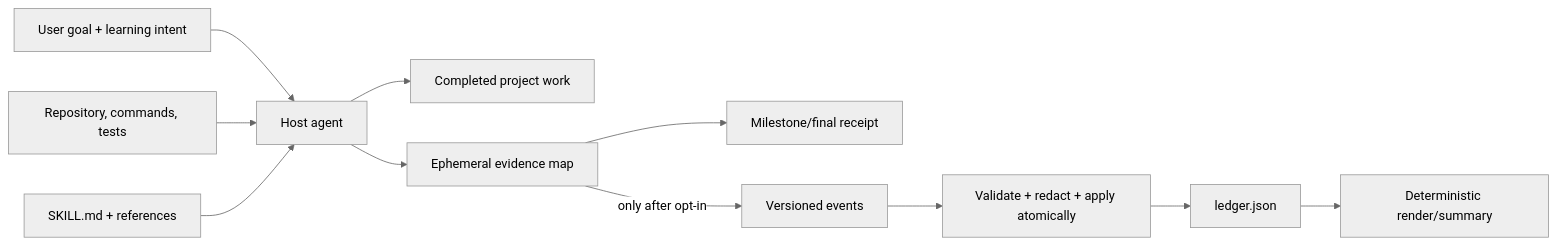
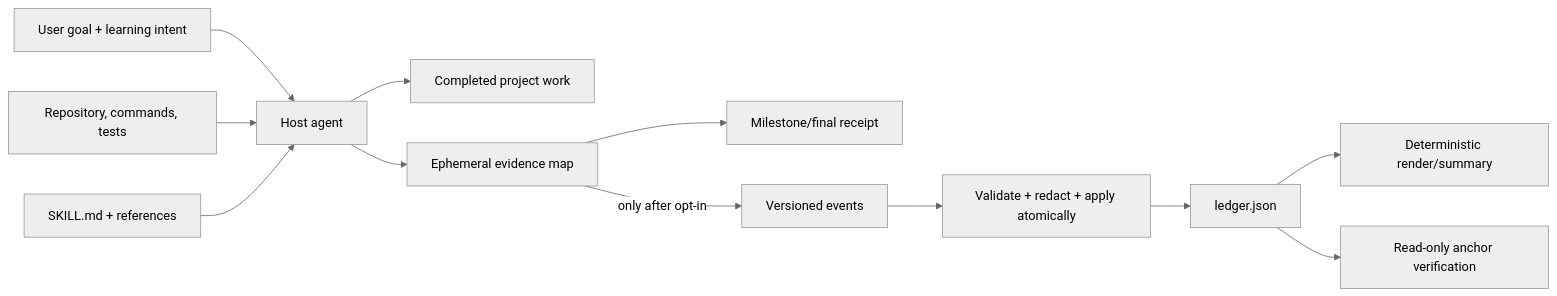
Before and after one commit to uczltw6/project-mentor: the diagram in docs/architecture.md, drawn with Mermaid (neutral theme). The commit also changed other lines of this file and 45 other files, not shown here.

````diff
--- a/docs/architecture.md
+++ b/docs/architecture.md
@@ -7,13 +7,14 @@
 ```mermaid
 flowchart LR
     U["User goal + learning intent"] --> H["Host agent"]
     R["Repository, commands, tests"] --> H
     S["SKILL.md + references"] --> H
     H --> D["Completed project work"]
     H --> E["Ephemeral evidence map"]
     E --> C["Milestone/final receipt"]
     E -->|"only after opt-in"| P["Versioned events"]
     P --> V["Validate + redact + apply atomically"]
     V --> L["ledger.json"]
     L --> M["Deterministic render/summary"]
+    L --> A["Read-only anchor verification"]
 ```
````
